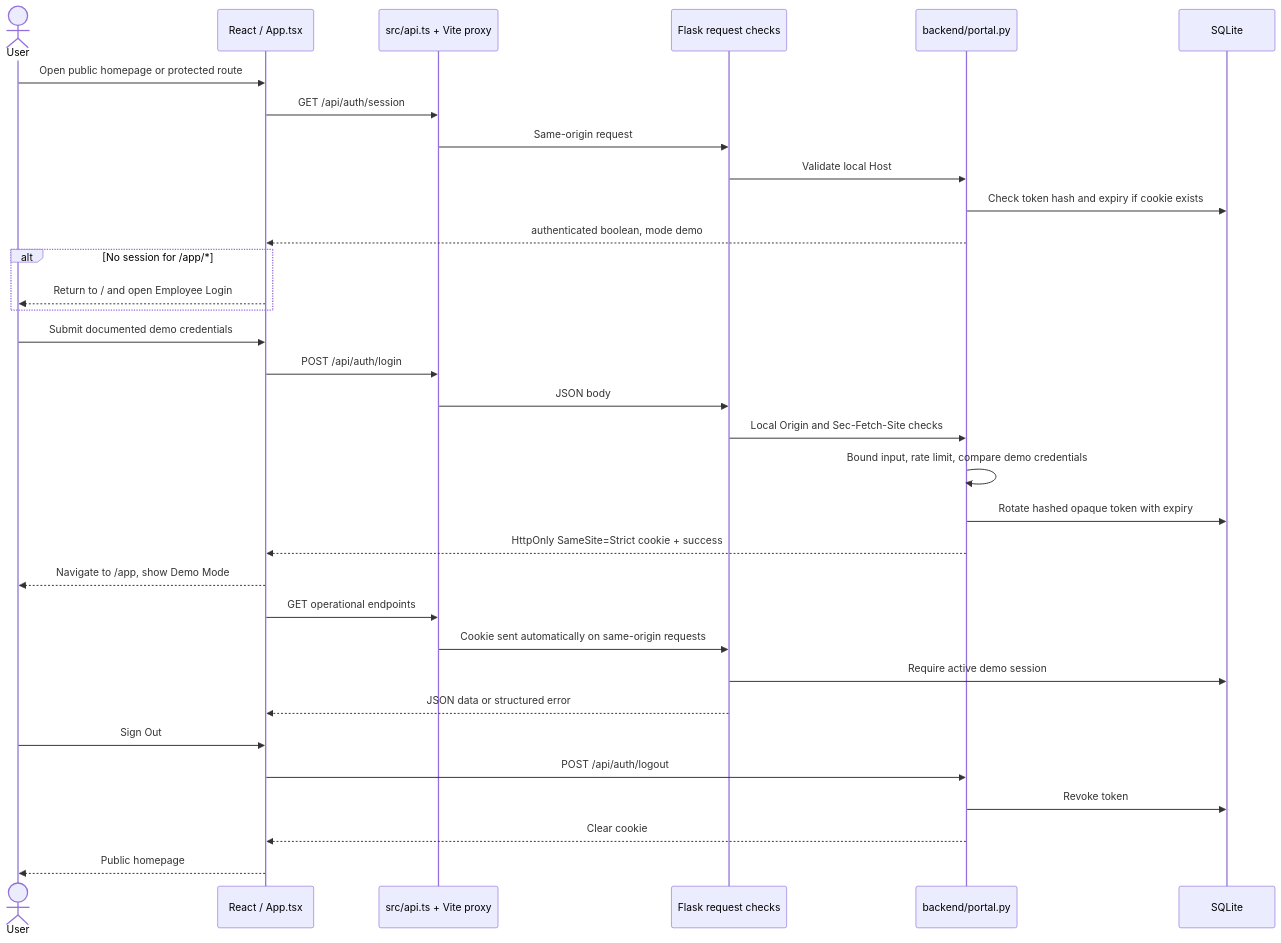
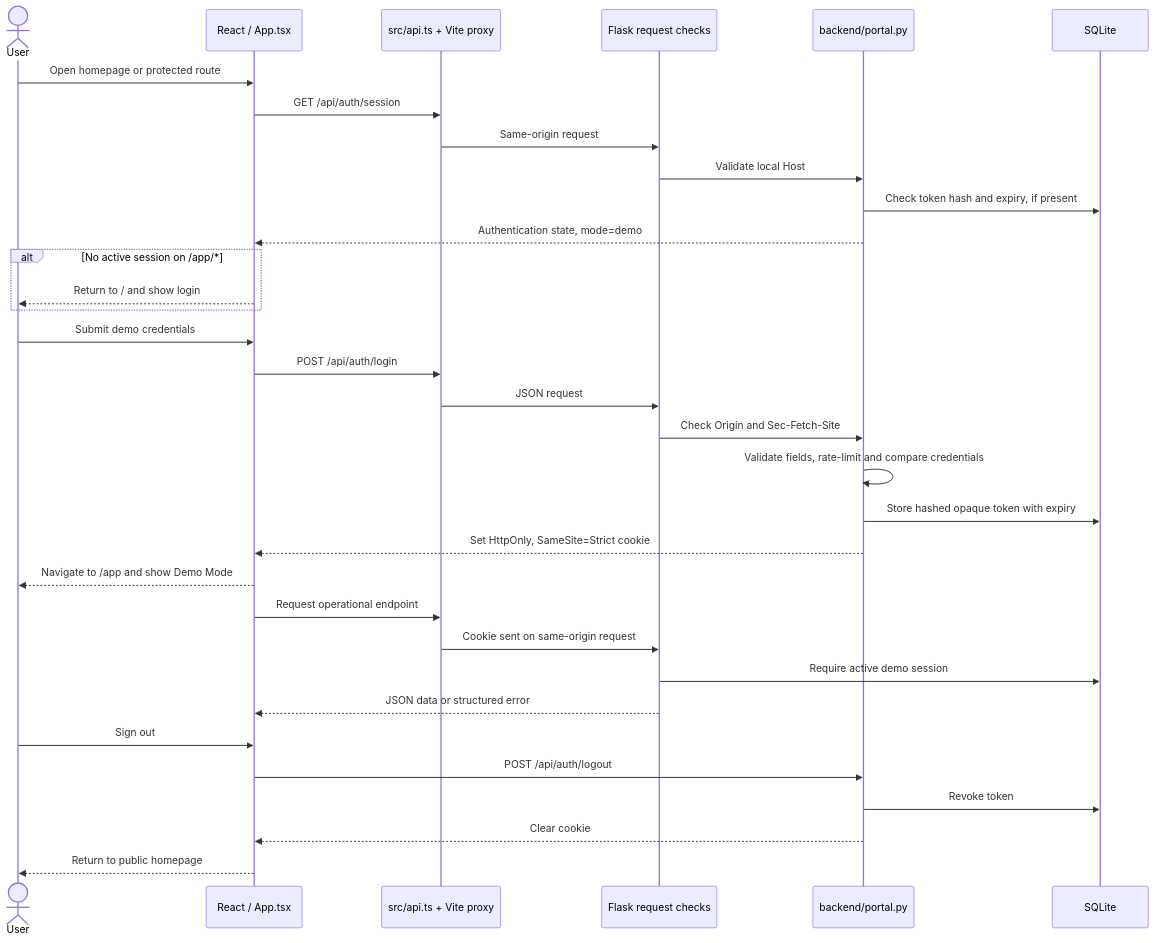
One commit to harsh5ingh/classroom-insight changed the second of 5 diagrams in docs/ARCHITECTURE.md. Above: the diagram before and after it, drawn with Mermaid. The commit also changed other lines of this file and 5 other files, not shown here.

````diff
--- a/docs/ARCHITECTURE.md
+++ b/docs/ARCHITECTURE.md
@@ -40,35 +57,40 @@
 ```mermaid
 sequenceDiagram
     actor User
     participant SPA as React / App.tsx
     participant API as src/api.ts + Vite proxy
     participant Guard as Flask request checks
     participant Portal as backend/portal.py
     participant DB as SQLite
-    User->>SPA: Open public homepage or protected route
+
+    User->>SPA: Open homepage or protected route
     SPA->>API: GET /api/auth/session
     API->>Guard: Same-origin request
     Guard->>Portal: Validate local Host
-    Portal->>DB: Check token hash and expiry if cookie exists
-    Portal-->>SPA: authenticated boolean, mode demo
-    alt No session for /app/*
-        SPA-->>User: Return to / and open Employee Login
+    Portal->>DB: Check token hash and expiry, if present
+    Portal-->>SPA: Authentication state, mode=demo
+
+    alt No active session on /app/*
+        SPA-->>User: Return to / and show login
     end
-    User->>SPA: Submit documented demo credentials
+
+    User->>SPA: Submit demo credentials
     SPA->>API: POST /api/auth/login
-    API->>Guard: JSON body
-    Guard->>Portal: Local Origin and Sec-Fetch-Site checks
-    Portal->>Portal: Bound input, rate limit, compare demo credentials
-    Portal->>DB: Rotate hashed opaque token with expiry
-    Portal-->>SPA: HttpOnly SameSite=Strict cookie + success
-    SPA-->>User: Navigate to /app, show Demo Mode
-    SPA->>API: GET operational endpoints
-    API->>Guard: Cookie sent automatically on same-origin requests
+    API->>Guard: JSON request
+    Guard->>Portal: Check Origin and Sec-Fetch-Site
+    Portal->>Portal: Validate fields, rate-limit and compare credentials
+    Portal->>DB: Store hashed opaque token with expiry
+    Portal-->>SPA: Set HttpOnly, SameSite=Strict cookie
+    SPA-->>User: Navigate to /app and show Demo Mode
+
+    SPA->>API: Request operational endpoint
+    API->>Guard: Cookie sent on same-origin request
     Guard->>DB: Require active demo session
     Guard-->>SPA: JSON data or structured error
-    User->>SPA: Sign Out
+
+    User->>SPA: Sign out
     SPA->>Portal: POST /api/auth/logout
     Portal->>DB: Revoke token
     Portal-->>SPA: Clear cookie
-    SPA-->>User: Public homepage
+    SPA-->>User: Return to public homepage
 ```
````
